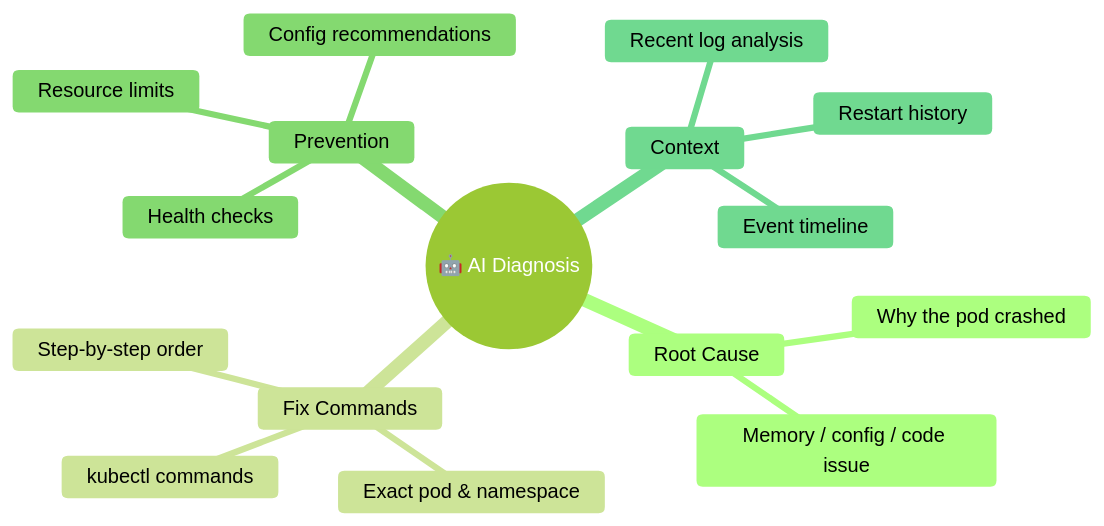
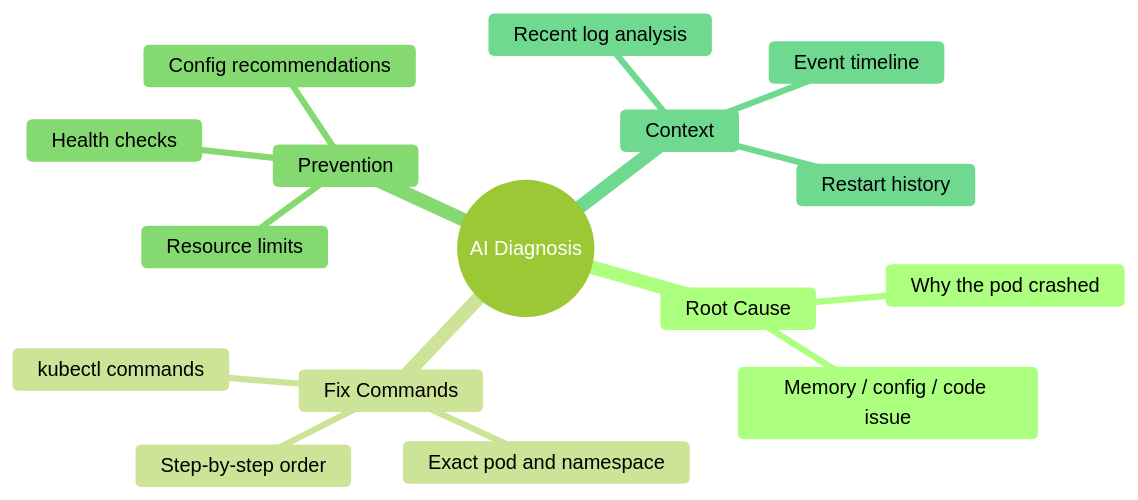
Before and after one commit to Akshatsainiaks/srevox: the sixth of 10 diagrams in README.md, drawn with Mermaid (forest theme). The commit also changed other lines of this file, not shown here.

````diff
--- a/README.md
+++ b/README.md
@@ -644,19 +644,19 @@
 ```mermaid
 mindmap
-  root((🤖 AI Diagnosis))
+  root((AI Diagnosis))
     Root Cause
       Why the pod crashed
       Memory / config / code issue
     Fix Commands
       kubectl commands
-      Exact pod & namespace
+      Exact pod and namespace
       Step-by-step order
     Prevention
       Resource limits
       Health checks
       Config recommendations
     Context
       Recent log analysis
       Event timeline
       Restart history
 ```
````
